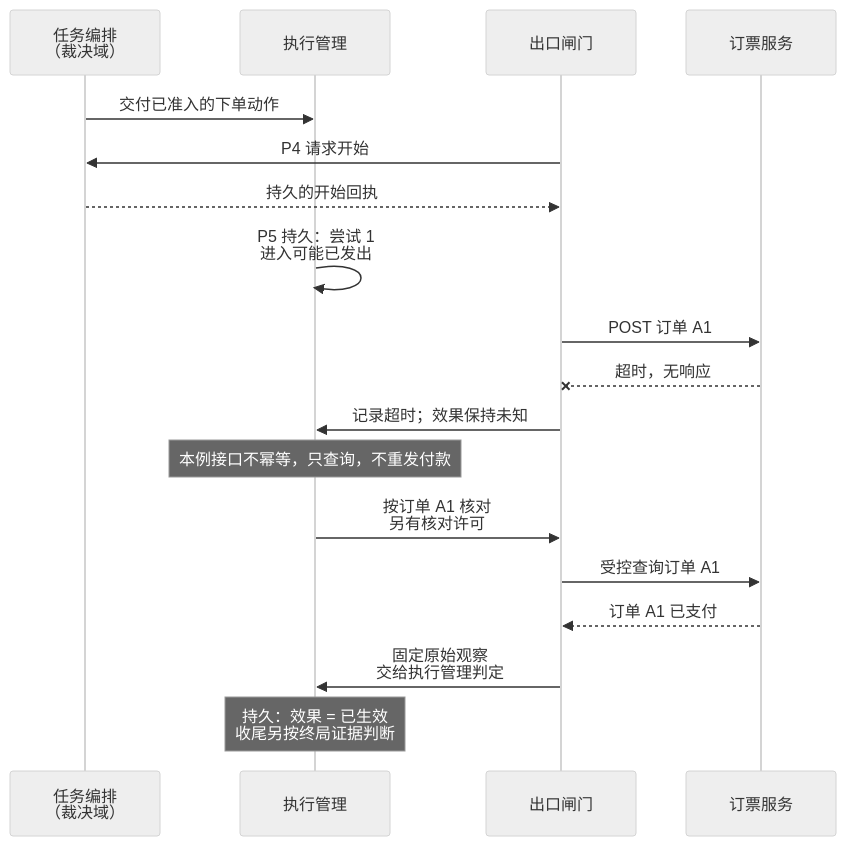
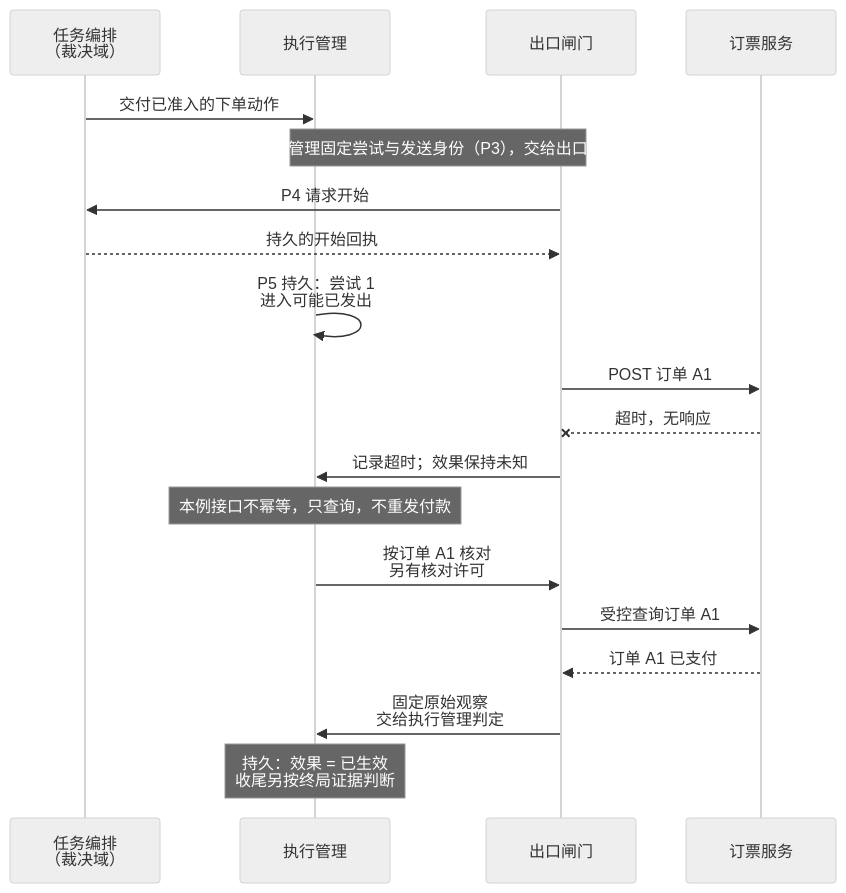
Before and after one commit to ruipengliu/lerna: the third of 6 diagrams in docs/architecture/overview.md, drawn with Mermaid (neutral theme). The commit also changed other lines of this file and 55 other files, not shown here.

````diff
--- a/docs/architecture/overview.md
+++ b/docs/architecture/overview.md
@@ -177,20 +178,21 @@
 ```mermaid
 sequenceDiagram
     participant T as 任务编排<br/>（裁决域）
     participant L as 执行管理
     participant E as 出口闸门
     participant X as 订票服务
     T->>L: 交付已准入的下单动作
+    Note over L,E: 执行管理固定尝试与发送身份（P3），交给出口闸门
     E->>T: P4 请求开始
     T-->>E: 持久的开始回执
     L->>L: P5 持久：尝试 1<br/>进入可能已发出
     E->>X: POST 订单 A1
     X--xE: 超时，无响应
     E->>L: 记录超时；效果保持未知
     Note over L: 本例接口不幂等，只查询，不重发付款
     L->>E: 按订单 A1 核对<br/>另有核对许可
     E->>X: 受控查询订单 A1
     X-->>E: 订单 A1 已支付
     E->>L: 固定原始观察<br/>交给执行管理判定
     Note over L: 持久：效果 = 已生效<br/>收尾另按终局证据判断
 ```
````
